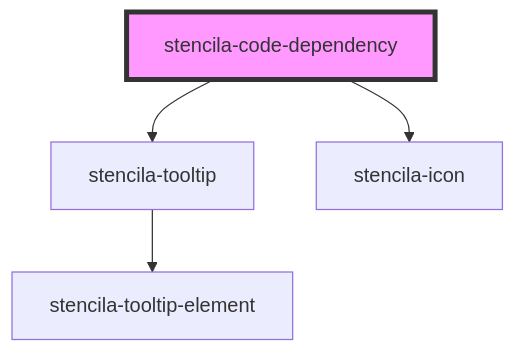
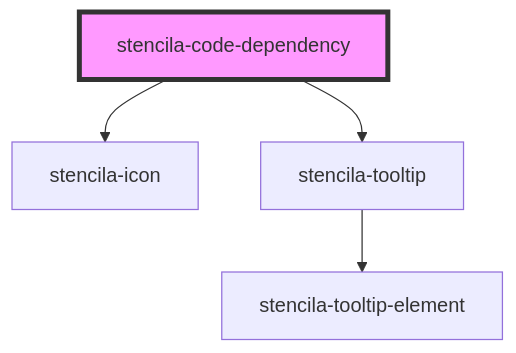
The diagram in packages/components/src/components/codeDependency/readme.md (stencila/designa), drawn with Mermaid before and after one commit. The commit also changed other lines of this file and 3 other files, not shown here.

Commit message:
fix(Code Dependency): Add icon for Parameter nodes

````diff
--- a/packages/components/src/components/codeDependency/readme.md
+++ b/packages/components/src/components/codeDependency/readme.md
@@ -29,7 +29,7 @@
 ```mermaid
 graph TD;
+  stencila-code-dependency --> stencila-icon
   stencila-code-dependency --> stencila-tooltip
-  stencila-code-dependency --> stencila-icon
   stencila-tooltip --> stencila-tooltip-element
   style stencila-code-dependency fill:#f9f,stroke:#333,stroke-width:4px
 ```
````
